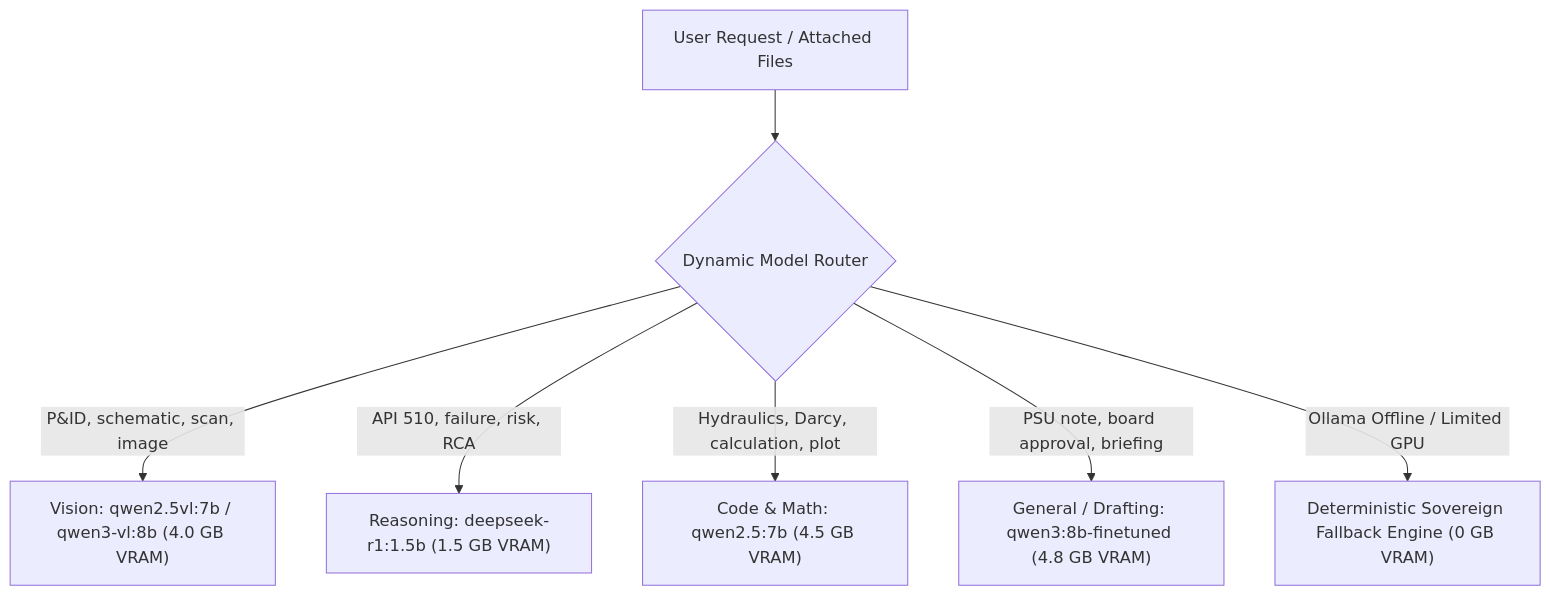
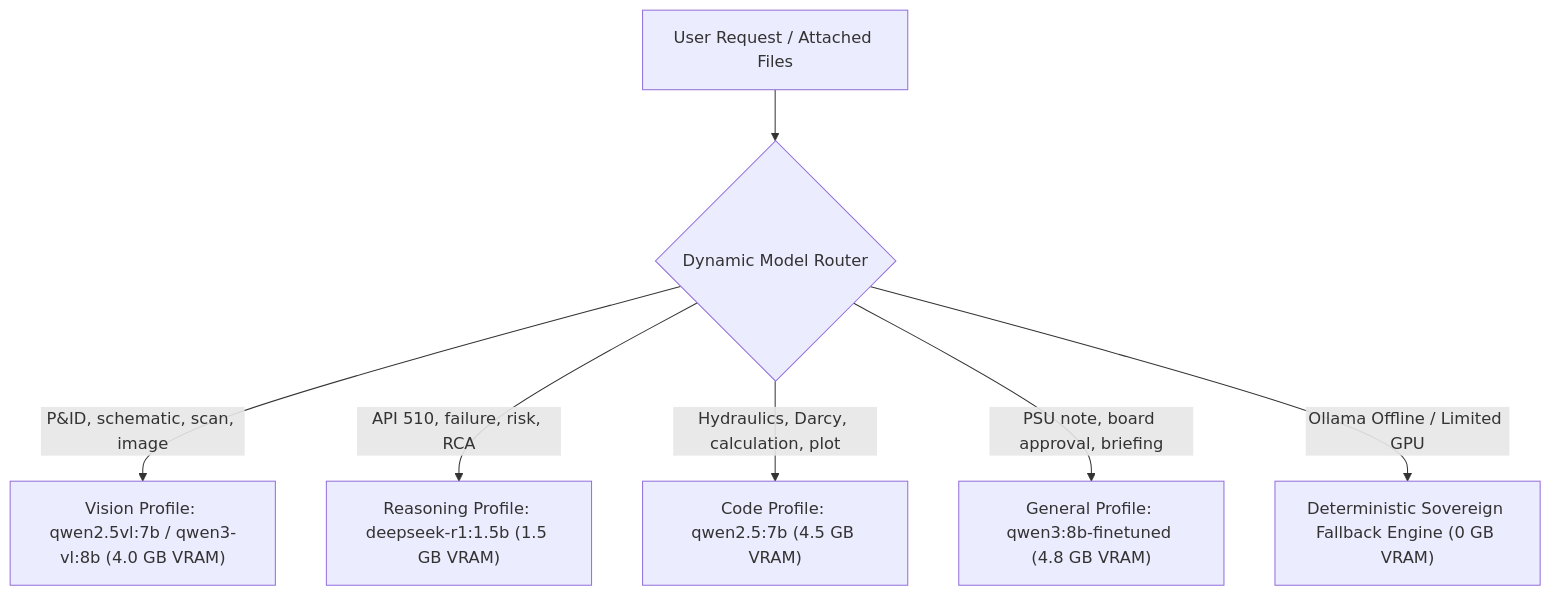
The sixth of 7 diagrams in README.md (ApurveKaranwal/DRISHTI-MRPL), drawn with Mermaid before and after one commit. The commit also changed other lines of this file, not shown here.

Commit message:
docs: finalize comprehensive master README for prototype with flowcharts, visual assets, and zero emojis

````diff
--- a/README.md
+++ b/README.md
@@ -275,9 +379,9 @@
 ```mermaid
 graph TD
     Query[User Request / Attached Files] --> Router{Dynamic Model Router}
-    Router -->|P&ID, schematic, scan, image| VisionModel["Vision: qwen2.5vl:7b / qwen3-vl:8b (4.0 GB VRAM)"]
-    Router -->|API 510, failure, risk, RCA| ReasoningModel["Reasoning: deepseek-r1:1.5b (1.5 GB VRAM)"]
-    Router -->|Hydraulics, Darcy, calculation, plot| CodeModel["Code & Math: qwen2.5:7b (4.5 GB VRAM)"]
-    Router -->|PSU note, board approval, briefing| GeneralModel["General / Drafting: qwen3:8b-finetuned (4.8 GB VRAM)"]
+    Router -->|P&ID, schematic, scan, image| VisionModel["Vision Profile: qwen2.5vl:7b / qwen3-vl:8b (4.0 GB VRAM)"]
+    Router -->|API 510, failure, risk, RCA| ReasoningModel["Reasoning Profile: deepseek-r1:1.5b (1.5 GB VRAM)"]
+    Router -->|Hydraulics, Darcy, calculation, plot| CodeModel["Code Profile: qwen2.5:7b (4.5 GB VRAM)"]
+    Router -->|PSU note, board approval, briefing| GeneralModel["General Profile: qwen3:8b-finetuned (4.8 GB VRAM)"]
     Router -->|Ollama Offline / Limited GPU| FallbackEngine["Deterministic Sovereign Fallback Engine (0 GB VRAM)"]
 ```
````
